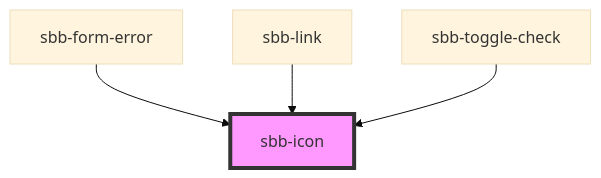
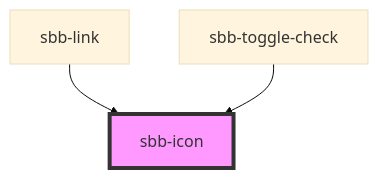
One commit to sbb-design-systems/lyne-components changed the diagram in src/components/sbb-icon/readme.md. Above: the diagram before and after it, drawn with Mermaid (base theme). The commit also changed other lines of this file and 6 other files, not shown here.

Commit message:
fix: error icon

````diff
--- a/src/components/sbb-icon/readme.md
+++ b/src/components/sbb-icon/readme.md
@@ -96,7 +95,6 @@
 ```mermaid
 graph TD;
-  sbb-form-error --> sbb-icon
   sbb-link --> sbb-icon
   sbb-toggle-check --> sbb-icon
   style sbb-icon fill:#f9f,stroke:#333,stroke-width:4px
 ```
````
